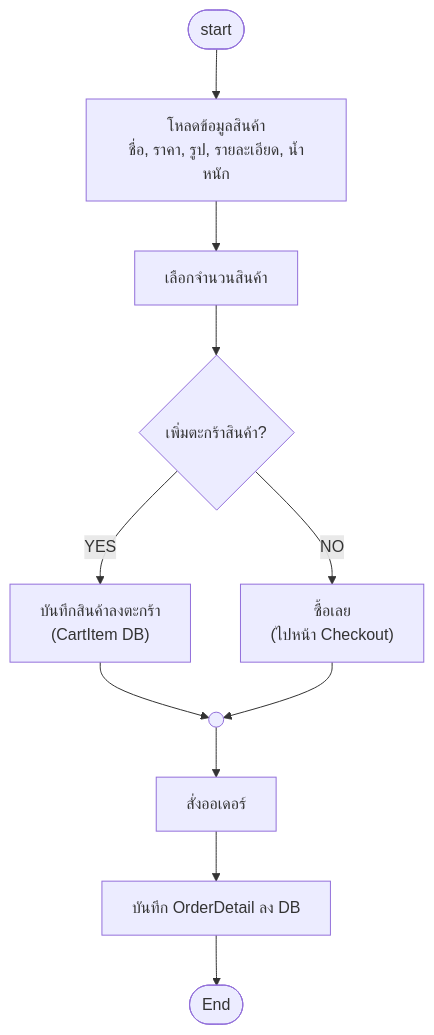
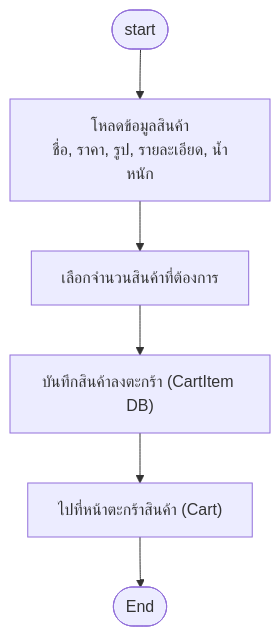
The sixth of 18 diagrams in README.md (doraemon-kub/CSI402_Project-final), drawn with Mermaid before and after one commit. The commit also changed other lines of this file, not shown here.

Commit message:
docs: update and fix flowcharts per bug.pdf requirements and resolve GitHub Mermaid render errors

````diff
--- a/README.md
+++ b/README.md
@@ -207,13 +209,8 @@
 ```mermaid
 flowchart TD
-    Start([start]) --> LoadProductInfo[โหลดข้อมูลสินค้า\nชื่อ, ราคา, รูป, รายละเอียด, น้ำหนัก]
-    LoadProductInfo --> SelectQty[เลือกจำนวนสินค้า]
-    SelectQty --> CheckAction{เพิ่มตะกร้าสินค้า?}
-    CheckAction -- YES --> AddCartDB["บันทึกสินค้าลงตะกร้า\n(CartItem DB)"]
-    CheckAction -- NO --> BuyNow["ซื้อเลย\n(ไปหน้า Checkout)"]
-    AddCartDB --> ConnAction(( ))
-    BuyNow --> ConnAction
-    ConnAction --> MakeOrder[สั่งออเดอร์]
-    MakeOrder --> SaveOrderDetail[บันทึก OrderDetail ลง DB]
-    SaveOrderDetail --> End([End])
+    Start([start]) --> LoadProductInfo["โหลดข้อมูลสินค้า\nชื่อ, ราคา, รูป, รายละเอียด, น้ำหนัก"]
+    LoadProductInfo --> SelectQty["เลือกจำนวนสินค้าที่ต้องการ"]
+    SelectQty --> AddCartDB["บันทึกสินค้าลงตะกร้า (CartItem DB)"]
+    AddCartDB --> GoToCart["ไปที่หน้าตะกร้าสินค้า (Cart)"]
+    GoToCart --> End([End])
 ```
````
